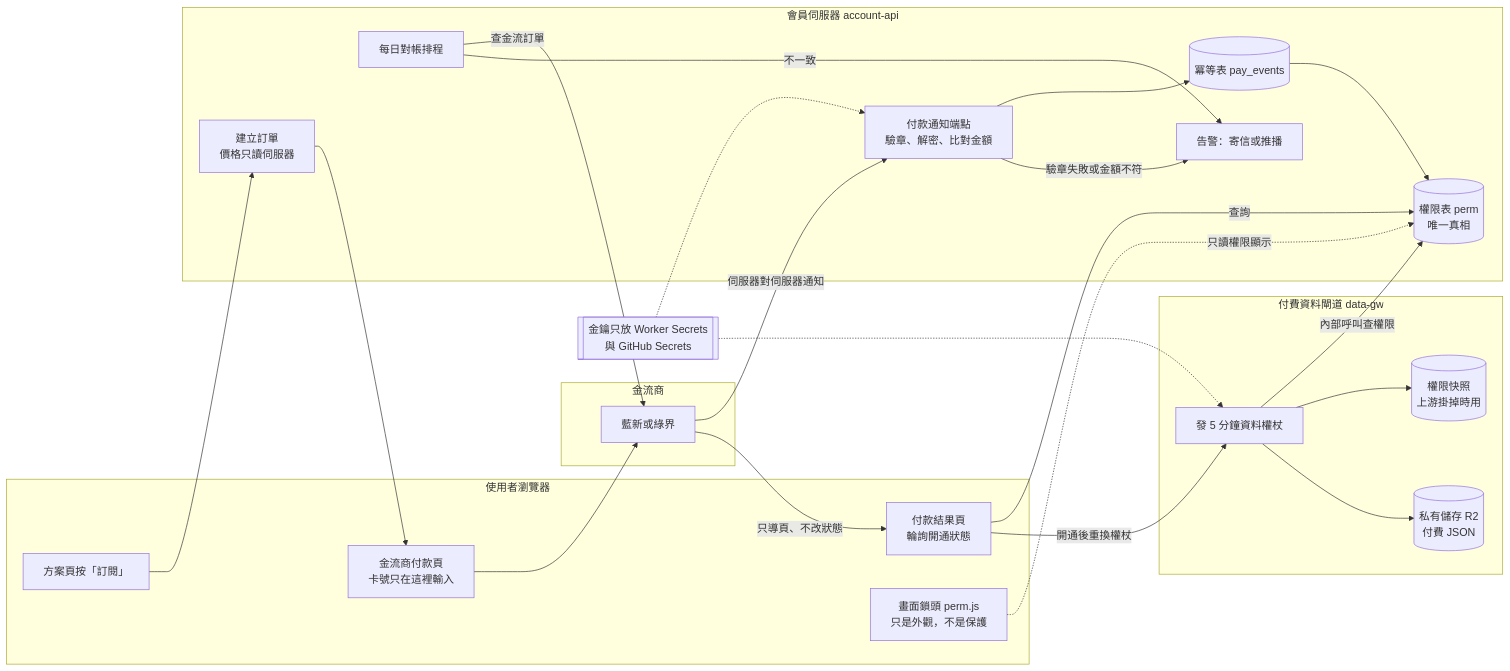
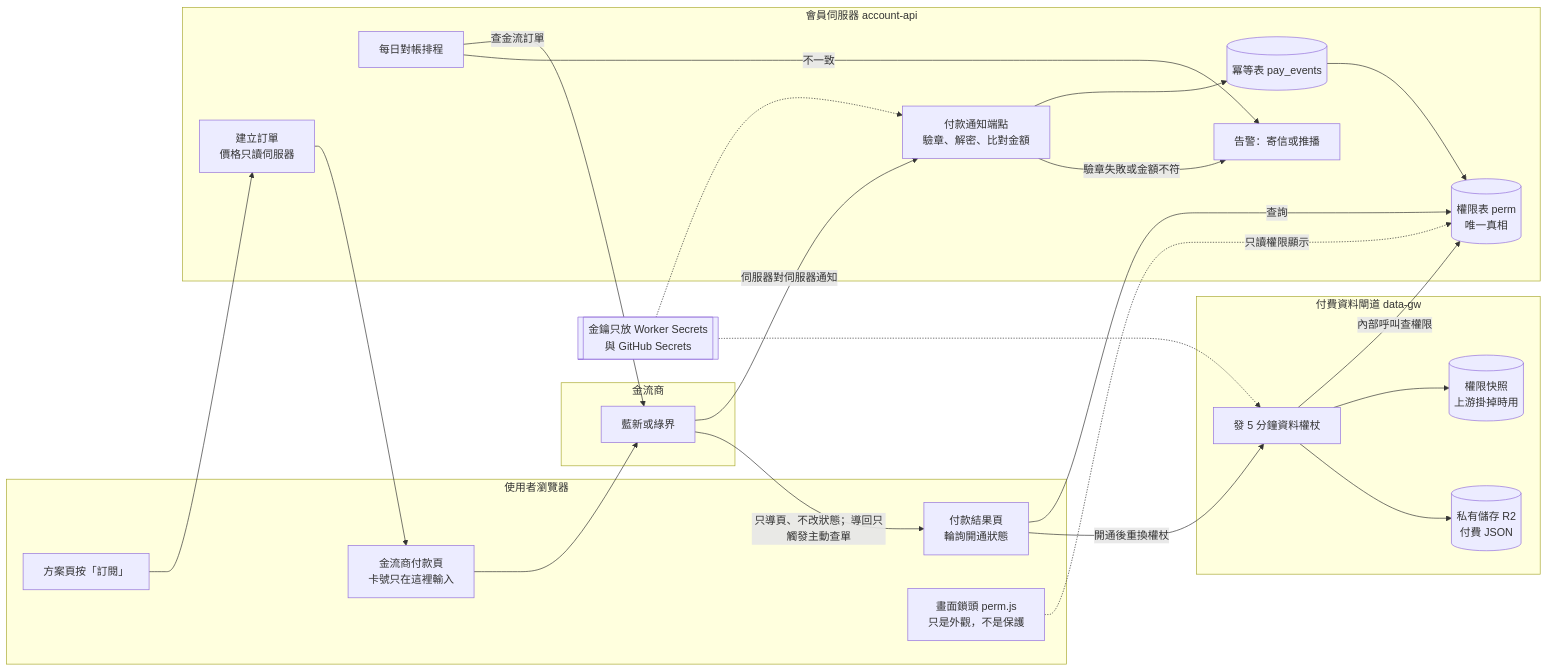
One commit to MiaoZiKe/tw-rotation changed the first of 8 diagrams in docs/payments/entitlement_security_review.md. Above: the diagram before and after it, drawn with Mermaid. The commit also changed other lines of this file and 1 other file, not shown here.

````diff
--- a/docs/payments/entitlement_security_review.md
+++ b/docs/payments/entitlement_security_review.md
@@ -16,43 +21,43 @@
 ```mermaid
 flowchart LR
   subgraph 使用者瀏覽器
     U1[方案頁按「訂閱」]
     U2[金流商付款頁<br/>卡號只在這裡輸入]
     U3[付款結果頁<br/>輪詢開通狀態]
     UI[畫面鎖頭 perm.js<br/>只是外觀，不是保護]
   end
   subgraph 金流商
     P1[藍新或綠界]
   end
   subgraph 會員伺服器 account-api
     A1[建立訂單<br/>價格只讀伺服器]
     A2[付款通知端點<br/>驗章、解密、比對金額]
     A3[(冪等表 pay_events)]
     A4[(權限表 perm<br/>唯一真相)]
     A5[每日對帳排程]
     A6[告警：寄信或推播]
   end
   subgraph 付費資料閘道 data-gw
     G1[發 5 分鐘資料權杖]
     G2[(私有儲存 R2<br/>付費 JSON)]
     G3[(權限快照<br/>上游掛掉時用)]
   end
   Secrets[[金鑰只放 Worker Secrets<br/>與 GitHub Secrets]]
 
   U1 --> A1 --> U2
   U2 --> P1
   P1 -- 伺服器對伺服器通知 --> A2
   A2 --> A3 --> A4
-  P1 -- 只導頁、不改狀態 --> U3
+  P1 -- 只導頁、不改狀態；導回只觸發主動查單 --> U3
   U3 -- 查詢 --> A4
   U3 -- 開通後重換權杖 --> G1
   G1 -- 內部呼叫查權限 --> A4
   G1 --> G3
   G1 --> G2
   A5 -- 查金流訂單 --> P1
   A5 -- 不一致 --> A6
   A2 -- 驗章失敗或金額不符 --> A6
   Secrets -.-> A2
   Secrets -.-> G1
   UI -. 只讀權限顯示 .-> A4
 ```
````
